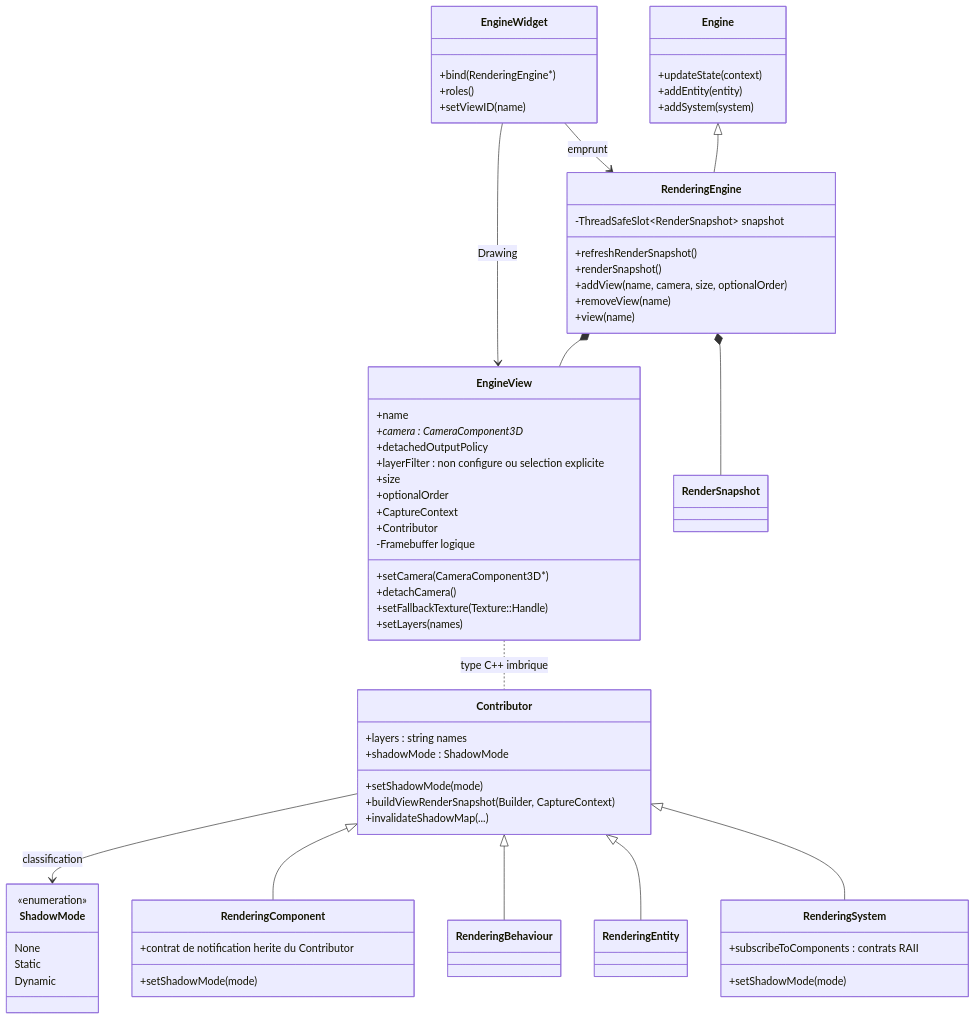
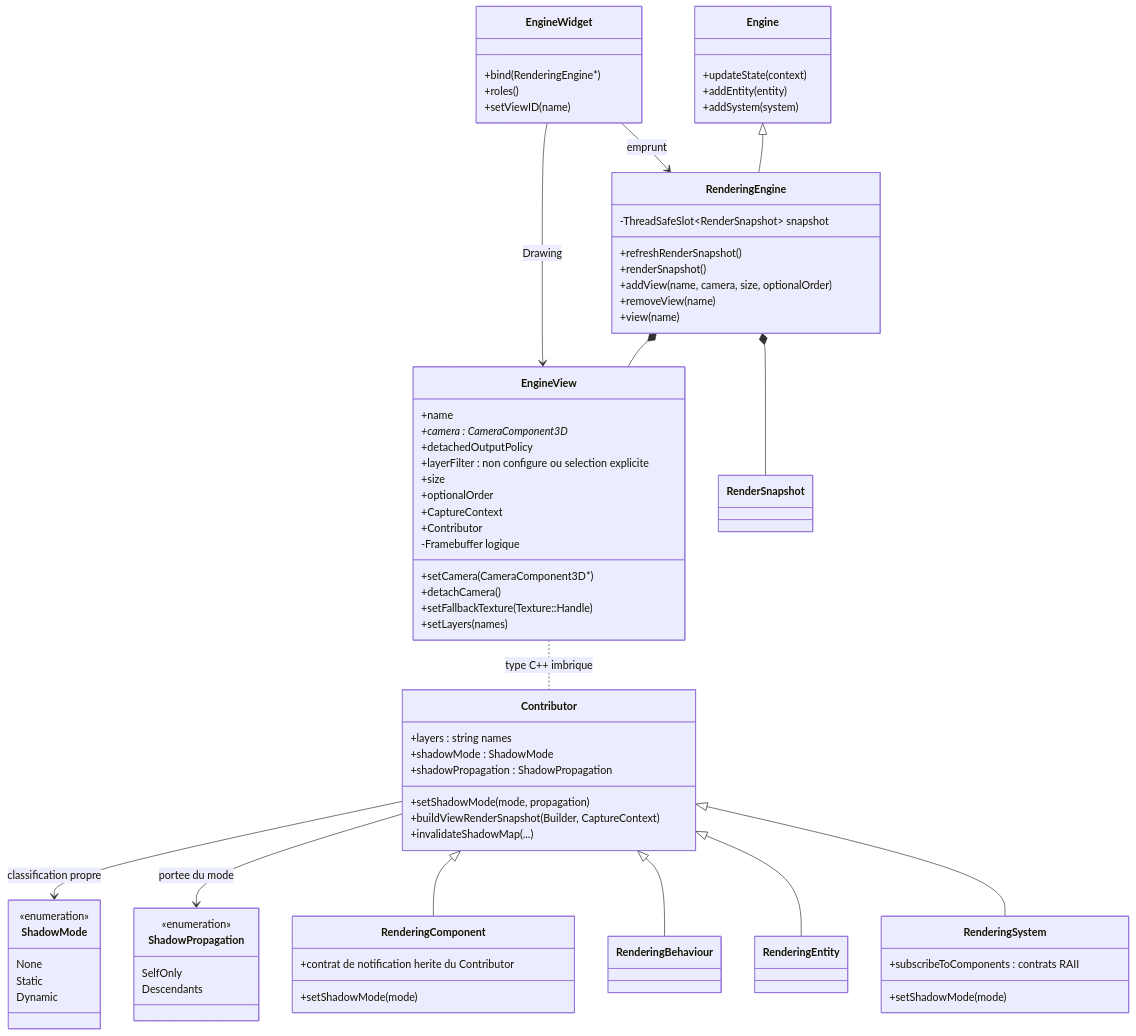
Before and after one commit to EreliaStudio/Sparkle: the sixth of 13 diagrams in docs/voxel-engine-v0.1.4-specification.md, drawn with Mermaid. The commit also changed other lines of this file, not shown here.

Commit message:
docs(v0.1.4): define non-destructive ShadowPropagation overrides across full subtree for all modes

````diff
--- a/docs/voxel-engine-v0.1.4-specification.md
+++ b/docs/voxel-engine-v0.1.4-specification.md
@@ -591,70 +591,77 @@
 ```mermaid
 classDiagram
   class Engine {
     +updateState(context)
     +addEntity(entity)
     +addSystem(system)
   }
   class RenderingEngine {
     +refreshRenderSnapshot()
     +renderSnapshot()
     +addView(name, camera, size, optionalOrder)
     +removeView(name)
     +view(name)
     -ThreadSafeSlot~RenderSnapshot~ snapshot
   }
   class EngineView {
     +name
     +camera : CameraComponent3D*
     +setCamera(CameraComponent3D*)
     +detachCamera()
     +detachedOutputPolicy
     +setFallbackTexture(Texture::Handle)
     +setLayers(names)
     +layerFilter : non configure ou selection explicite
     +size
     +optionalOrder
     +CaptureContext
     +Contributor
     -Framebuffer logique
   }
   class Contributor {
     +layers : string names
     +shadowMode : ShadowMode
-    +setShadowMode(mode)
+    +shadowPropagation : ShadowPropagation
+    +setShadowMode(mode, propagation)
     +buildViewRenderSnapshot(Builder, CaptureContext)
     +invalidateShadowMap(...)
   }
   class RenderingComponent {
     +setShadowMode(mode)
     +contrat de notification herite du Contributor
   }
   class RenderingBehaviour
   class RenderingEntity
   class RenderingSystem {
     +setShadowMode(mode)
     +subscribeToComponents : contrats RAII
   }
   class ShadowMode {
     <<enumeration>>
     None
     Static
     Dynamic
   }
-  Contributor --> ShadowMode : classification
+  class ShadowPropagation {
+    <<enumeration>>
+    SelfOnly
+    Descendants
+  }
+  Contributor --> ShadowMode : classification propre
+  Contributor --> ShadowPropagation : portee du mode
   class EngineWidget {
     +bind(RenderingEngine*)
     +roles()
     +setViewID(name)
   }
   Engine <|-- RenderingEngine
   RenderingEngine *-- EngineView
   RenderingEngine *-- RenderSnapshot
   EngineView .. Contributor : type C++ imbrique
   Contributor <|-- RenderingComponent
   Contributor <|-- RenderingBehaviour
   Contributor <|-- RenderingEntity
   Contributor <|-- RenderingSystem
   EngineWidget --> RenderingEngine : emprunt
   EngineWidget --> EngineView : Drawing
 ```
````
